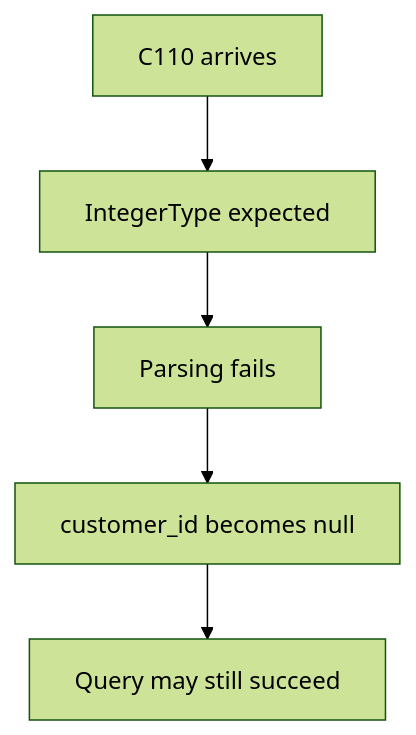
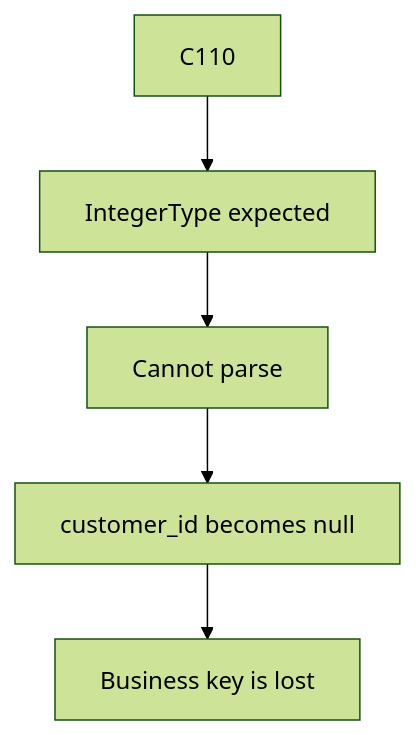
Diagram 13 of 15 in 03_file_based_ingestion/session_4/customer_schema_evolution/customer_schema_evolution_notes.md (tg117official/databricks-hands-on-tg117-pst), drawn with Mermaid (forest theme) before and after one commit. The commit also changed other lines of this file and 4 other files, not shown here.

Commit message:
added schema evolution scenarios problem solution approach

````diff
--- a/03_file_based_ingestion/session_4/customer_schema_evolution/customer_schema_evolution_notes.md
+++ b/03_file_based_ingestion/session_4/customer_schema_evolution/customer_schema_evolution_notes.md
@@ -866,7 +684,7 @@
 ```mermaid
 flowchart TD
-    A[C110 arrives] --> B[IntegerType expected]
-    B --> C[Parsing fails]
+    A[C110] --> B[IntegerType expected]
+    B --> C[Cannot parse]
     C --> D[customer_id becomes null]
-    D --> E[Query may still succeed]
+    D --> E[Business key is lost]
 ```
````
